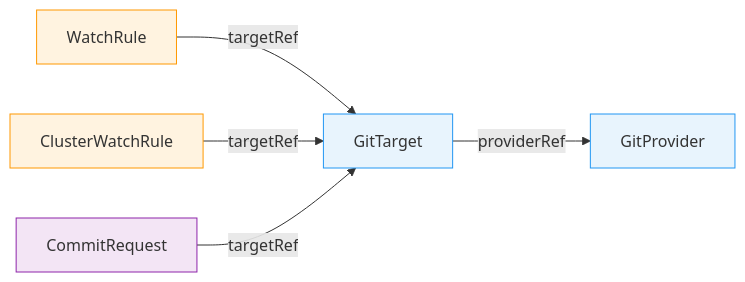
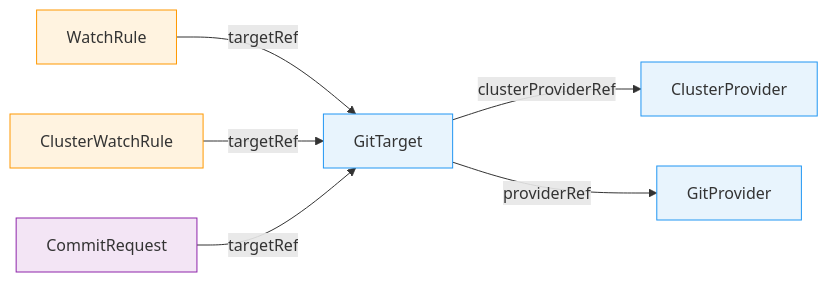
The first of 5 diagrams in docs/architecture.md (ConfigButler/gitops-reverser), drawn with Mermaid before and after one commit. The commit also changed other lines of this file and 85 other files, not shown here.

First line of the commit message:
feat: ClusterProvider — source clusters by name, reconcile-time namespace authorization (#251)

````diff
--- a/docs/architecture.md
+++ b/docs/architecture.md
@@ -156,13 +165,15 @@
 ```mermaid
 graph LR
     WR[WatchRule] -->|targetRef| GT[GitTarget]
     CWR[ClusterWatchRule] -->|targetRef| GT
     CR[CommitRequest] -->|targetRef| GT
+    GT -->|clusterProviderRef| CP[ClusterProvider]
     GT -->|providerRef| GP[GitProvider]
 
     style GP fill:#e8f4fd,stroke:#2196f3
+    style CP fill:#e8f4fd,stroke:#2196f3
     style GT fill:#e8f4fd,stroke:#2196f3
     style WR fill:#fff3e0,stroke:#ff9800
     style CWR fill:#fff3e0,stroke:#ff9800
     style CR fill:#f3e5f5,stroke:#8e24aa
 ```
````
